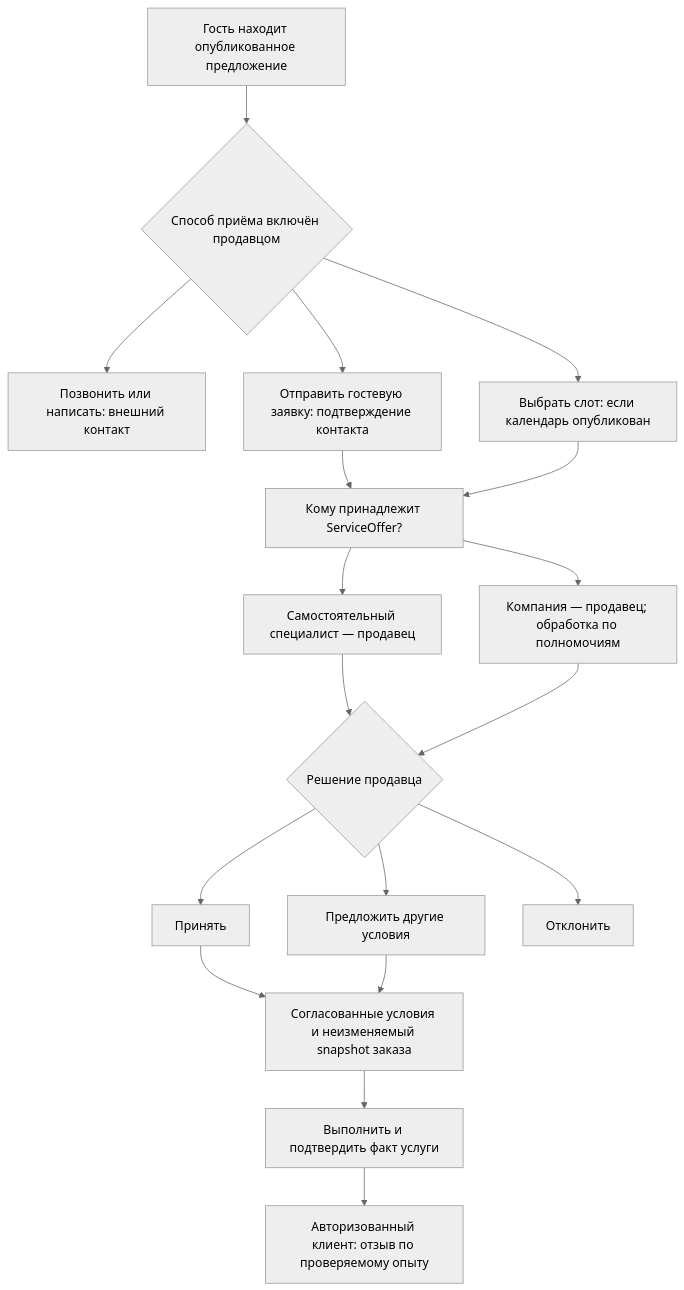
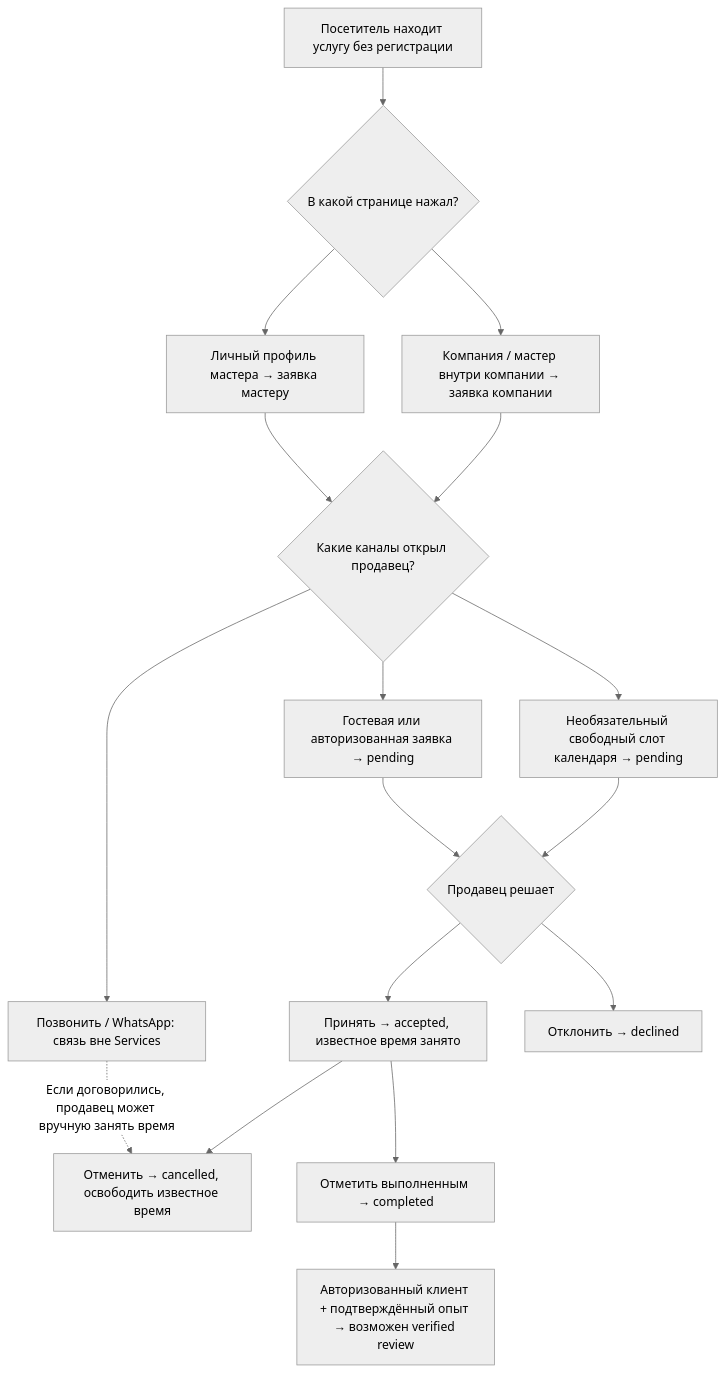
Before and after one commit to nurgeldiserikbay/services: the diagram in docs/diagrams/order-lifecycle.mmd, drawn with Mermaid (neutral theme).

Commit message:
docs(diagram): remove quotes and show personal/company routed simple requests

```diff
--- a/docs/diagrams/order-lifecycle.mmd
+++ b/docs/diagrams/order-lifecycle.mmd
@@ -1,31 +1,32 @@
 flowchart TB
-  %% Отношения «специалист — компания» не определяют продавца автоматически.
-  U["Гость находит опубликованное предложение"]
-  B{"Способ приёма включён продавцом"}
-  E["Позвонить или написать: внешний контакт"]
-  Q["Отправить гостевую заявку: подтверждение контакта"]
-  S["Выбрать слот: если календарь опубликован"]
-  F["Кому принадлежит ServiceOffer?"]
-  P["Самостоятельный специалист — продавец"]
-  O["Компания — продавец; обработка по полномочиям"]
-  D{"Решение продавца"}
-  A["Принять"]
-  C["Предложить другие условия"]
-  R["Отклонить"]
-  H["Согласованные условия и неизменяемый snapshot заказа"]
-  X["Выполнить и подтвердить факт услуги"]
-  V["Авторизованный клиент: отзыв по проверяемому опыту"]
-  U --> B
-  B --> E
-  B --> Q
-  B --> S
-  Q --> F
-  S --> F
-  F --> P
-  F --> O
-  P --> D
-  O --> D
-  D --> A --> H
-  D --> C --> H
+  %% Актуальный ADR-0003: никакого Quote и согласования цены в Services.
+  U["Посетитель находит услугу без регистрации"]
+  C{"В какой странице нажал?"}
+  P["Личный профиль мастера → заявка мастеру"]
+  O["Компания / мастер внутри компании → заявка компании"]
+  M{"Какие каналы открыл продавец?"}
+  X["Позвонить / WhatsApp: связь вне Services"]
+  I["Гостевая или авторизованная заявка → pending"]
+  S["Необязательный свободный слот календаря → pending"]
+  D{"Продавец решает"}
+  A["Принять → accepted, известное время занято"]
+  R["Отклонить → declined"]
+  K["Отменить → cancelled, освободить известное время"]
+  F["Отметить выполненным → completed"]
+  V["Авторизованный клиент + подтверждённый опыт → возможен verified review"]
+  U --> C
+  C --> P
+  C --> O
+  P --> M
+  O --> M
+  M --> X
+  M --> I
+  M --> S
+  I --> D
+  S --> D
+  D --> A
   D --> R
-  H --> X --> V
+  A --> K
+  A --> F
+  F --> V
+  X -. "Если договорились, продавец может вручную занять время" .-> K
```
